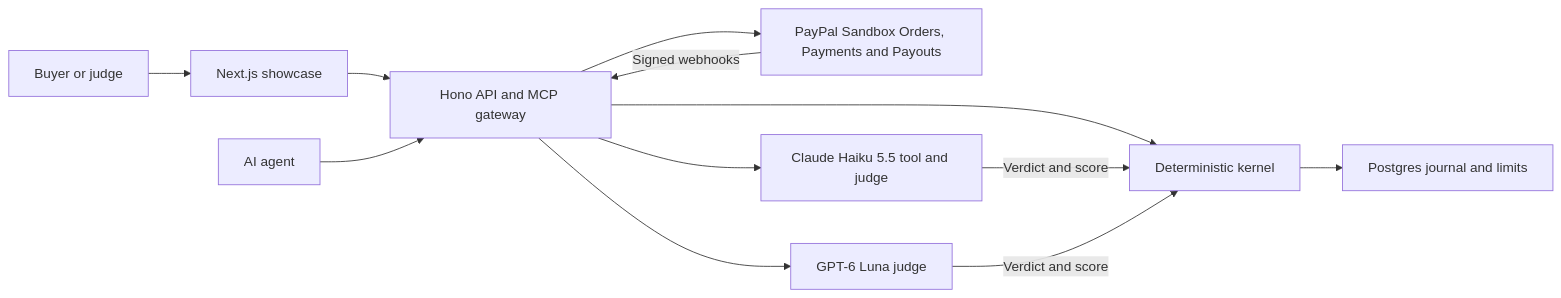
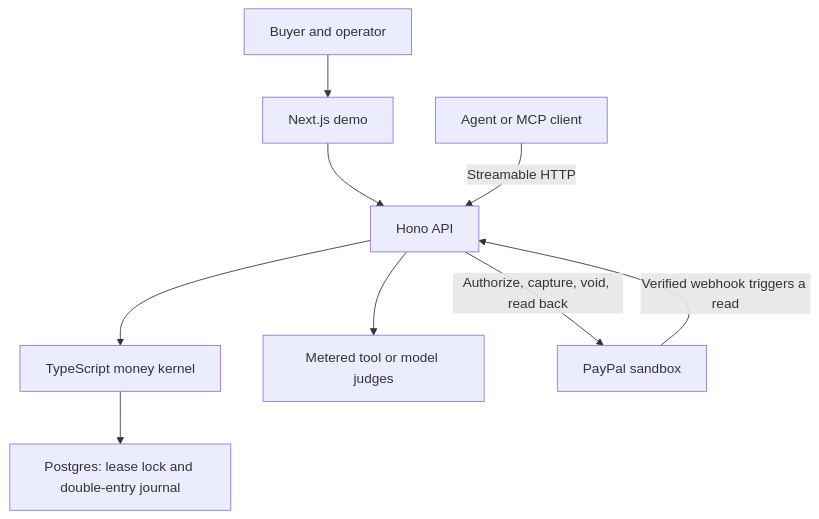
The first of 2 diagrams in README.md (nikhil-puri-dev/PASHADHARA), drawn with Mermaid before and after one commit. The commit also changed other lines of this file, not shown here.

````diff
--- a/README.md
+++ b/README.md
@@ -19,14 +40,11 @@
 ```mermaid
-flowchart LR
-  Browser["Buyer or judge"] --> Web["Next.js showcase"]
-  Web --> API["Hono API and MCP gateway"]
-  Agent["AI agent"] --> API
-  API --> Kernel["Deterministic kernel"]
-  Kernel --> DB["Postgres journal and limits"]
-  API --> PayPal["PayPal Sandbox Orders, Payments and Payouts"]
-  PayPal -->|Signed webhooks| API
-  API --> Haiku["Claude Haiku 5.5 tool and judge"]
-  API --> Luna["GPT-6 Luna judge"]
-  Haiku -->|Verdict and score| Kernel
-  Luna -->|Verdict and score| Kernel
+flowchart TD
+    Buyer["Buyer and operator"] --> Web["Next.js demo"]
+    Web --> API["Hono API"]
+    Agent["Agent or MCP client"] -->|Streamable HTTP| API
+    API --> Kernel["TypeScript money kernel"]
+    Kernel --> DB["Postgres: lease lock and double-entry journal"]
+    API --> Tool["Metered tool or model judges"]
+    API -->|Authorize, capture, void, read back| PP["PayPal sandbox"]
+    PP -->|Verified webhook triggers a read| API
 ```
````
